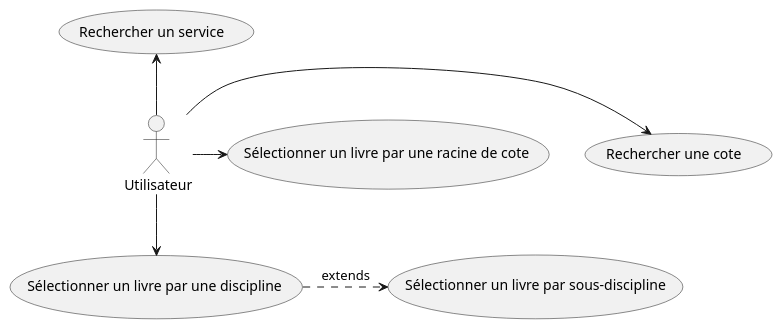
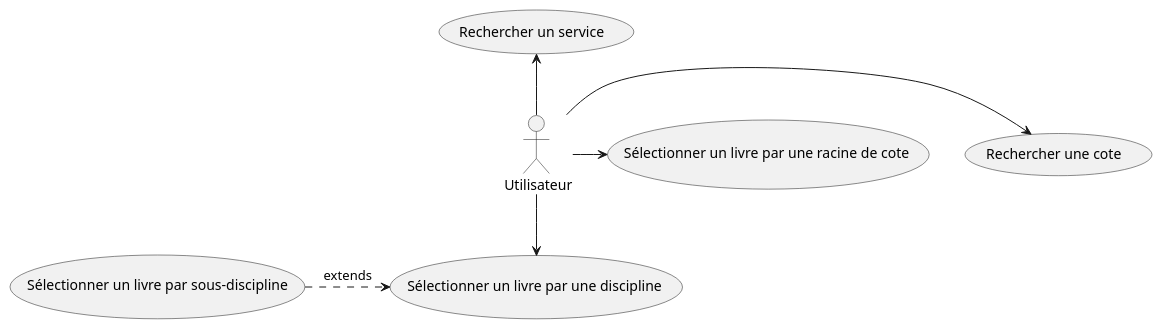
One commit to Miage-Paris-Ouest/m1c20152016-planibu changed the diagram in app/Diagramme de cas d'utilisation.puml. Above: the diagram before and after it, drawn with PlantUML. The commit also changed 1 other file, not shown here.

Commit message:
Modif Diagramme de cas d'utilisation
modification de sens de extends !

```diff
--- a/app/Diagramme de cas d'utilisation.puml
+++ b/app/Diagramme de cas d'utilisation.puml
@@ -1,14 +1,14 @@
 @startuml
 : Utilisateur: as Utilisateur
 
 
 Utilisateur -up->(Rechercher un service )
 Utilisateur -down-> (Sélectionner un livre par une discipline )
 Utilisateur -right-> (Rechercher une cote )
 Utilisateur -right->(Sélectionner un livre par une racine de cote )
-(Sélectionner un livre par une discipline ) .> (Sélectionner un livre par sous-discipline) : extends
+(Sélectionner un livre par sous-discipline) .> (Sélectionner un livre par une discipline ) : extends
 
 
 
 
 @enduml
```
